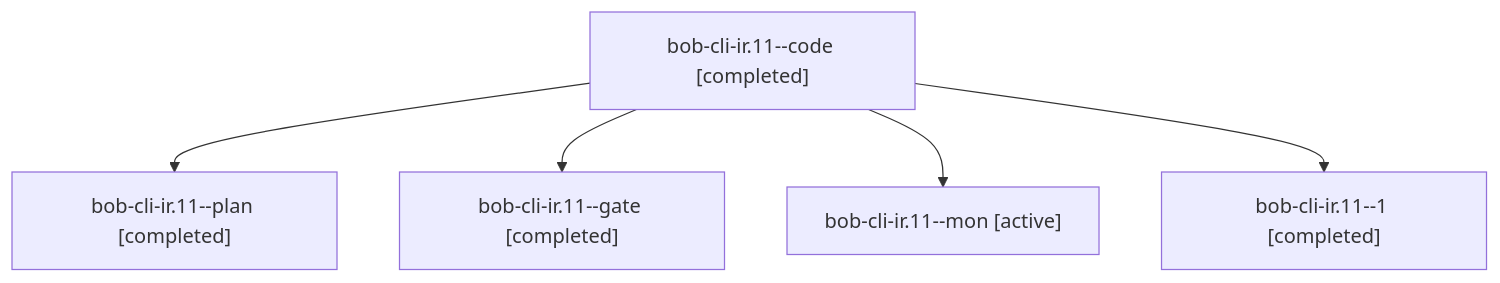
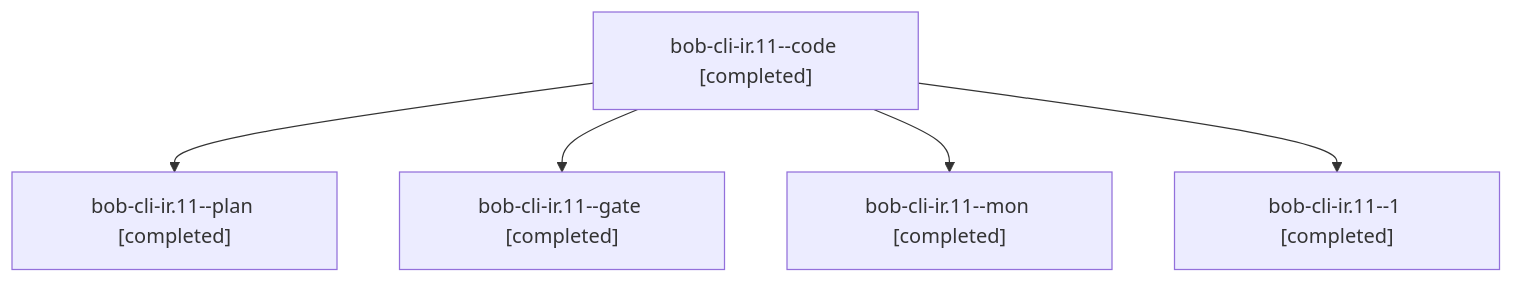
The diagram in sessions/bbugyi200.athena.bob-cli-ir.11.md (bobs-org/bob-cli--agents), drawn with Mermaid before and after one commit. The commit also changed other lines of this file and 102 other files, not shown here.

````diff
--- a/sessions/bbugyi200.athena.bob-cli-ir.11.md
+++ b/sessions/bbugyi200.athena.bob-cli-ir.11.md
@@ -9,12 +9,12 @@
 ```mermaid
 flowchart TD
   n0["bob-cli-ir.11--code [completed]"]
   n1["bob-cli-ir.11--plan [completed]"]
   n0 --> n1
   n2["bob-cli-ir.11--gate [completed]"]
   n0 --> n2
-  n3["bob-cli-ir.11--mon [active]"]
+  n3["bob-cli-ir.11--mon [completed]"]
   n0 --> n3
   n4["bob-cli-ir.11--1 [completed]"]
   n0 --> n4
 ```
````
